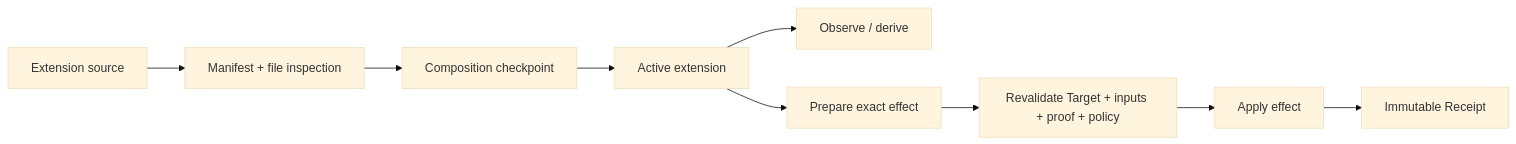
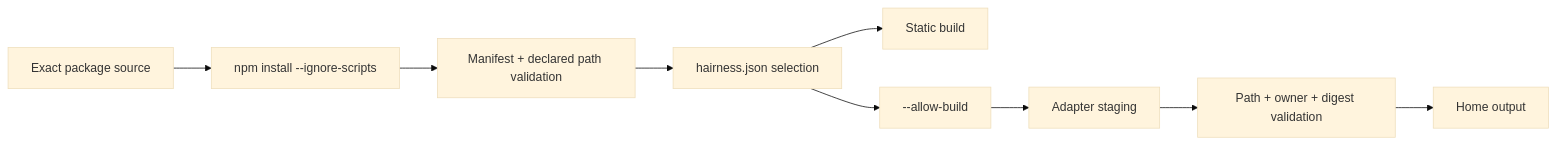
The diagram in docs/security-model.md (thevzion/hairness), drawn with Mermaid (base theme) before and after one commit. The commit also changed other lines of this file and 133 other files, not shown here.

Commit message:
feat: reconstruct Hairness as a package-native kernel (#21)

````diff
--- a/docs/security-model.md
+++ b/docs/security-model.md
@@ -5,11 +3,11 @@
 ```mermaid
 flowchart LR
-  source["Extension source"] --> inspect["Manifest + file inspection"]
-  inspect --> checkpoint["Composition checkpoint"]
-  checkpoint --> active["Active extension"]
-  active --> observe["Observe / derive"]
-  active --> prepare["Prepare exact effect"]
-  prepare --> revalidate["Revalidate Target + inputs + proof + policy"]
-  revalidate --> effect["Apply effect"]
-  effect --> receipt["Immutable Receipt"]
+  source["Exact package source"] --> install["npm install --ignore-scripts"]
+  install --> inspect["Manifest + declared path validation"]
+  inspect --> select["hairness.json selection"]
+  select --> static["Static build"]
+  select --> approval["--allow-build"]
+  approval --> stage["Adapter staging"]
+  stage --> reconcile["Path + owner + digest validation"]
+  reconcile --> home["Home output"]
 ```
````
